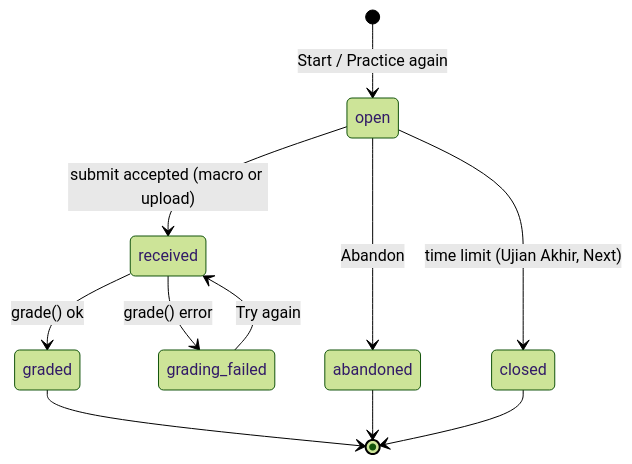
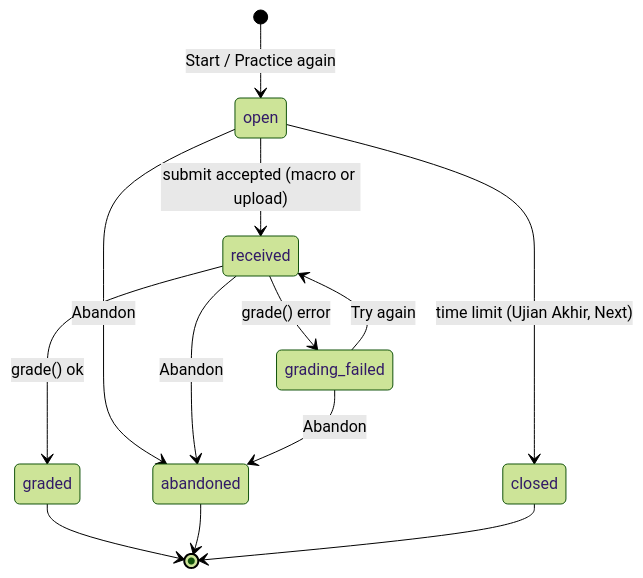
One commit to FatahillahAM/Excel-Practice changed the second of 4 diagrams in _bmad-output/planning-artifacts/architecture/architecture-excel-practice-2026-10-22/ARCHITECTURE-SPINE.md. Above: the diagram before and after it, drawn with Mermaid (forest theme). The commit also changed other lines of this file and 3 other files, not shown here.

````diff
--- a/_bmad-output/planning-artifacts/architecture/architecture-excel-practice-2026-10-22/ARCHITECTURE-SPINE.md
+++ b/_bmad-output/planning-artifacts/architecture/architecture-excel-practice-2026-10-22/ARCHITECTURE-SPINE.md
@@ -81,13 +81,15 @@
 ```mermaid
 stateDiagram-v2
   [*] --> open: Start / Practice again
   open --> received: submit accepted (macro or upload)
   open --> abandoned: Abandon
   open --> closed: time limit (Ujian Akhir, Next)
   received --> graded: grade() ok
   received --> grading_failed: grade() error
+  received --> abandoned: Abandon
+  grading_failed --> abandoned: Abandon
   grading_failed --> received: Try again
   graded --> [*]
   abandoned --> [*]
   closed --> [*]
 ```
````
